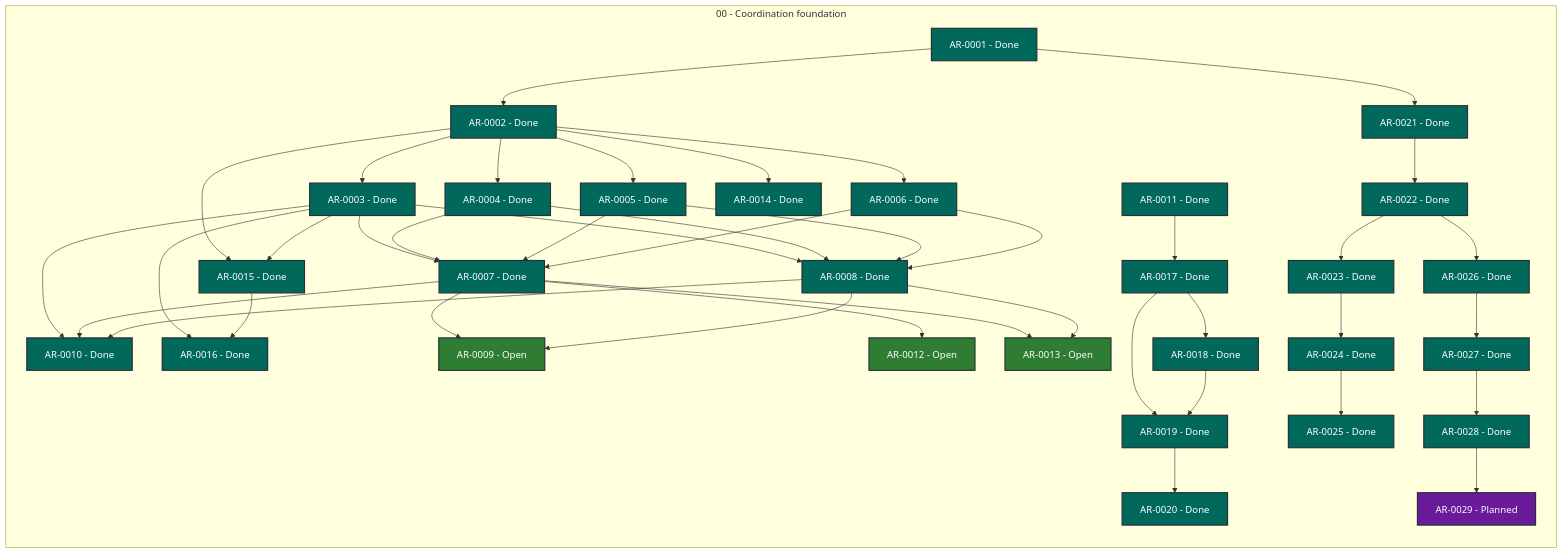
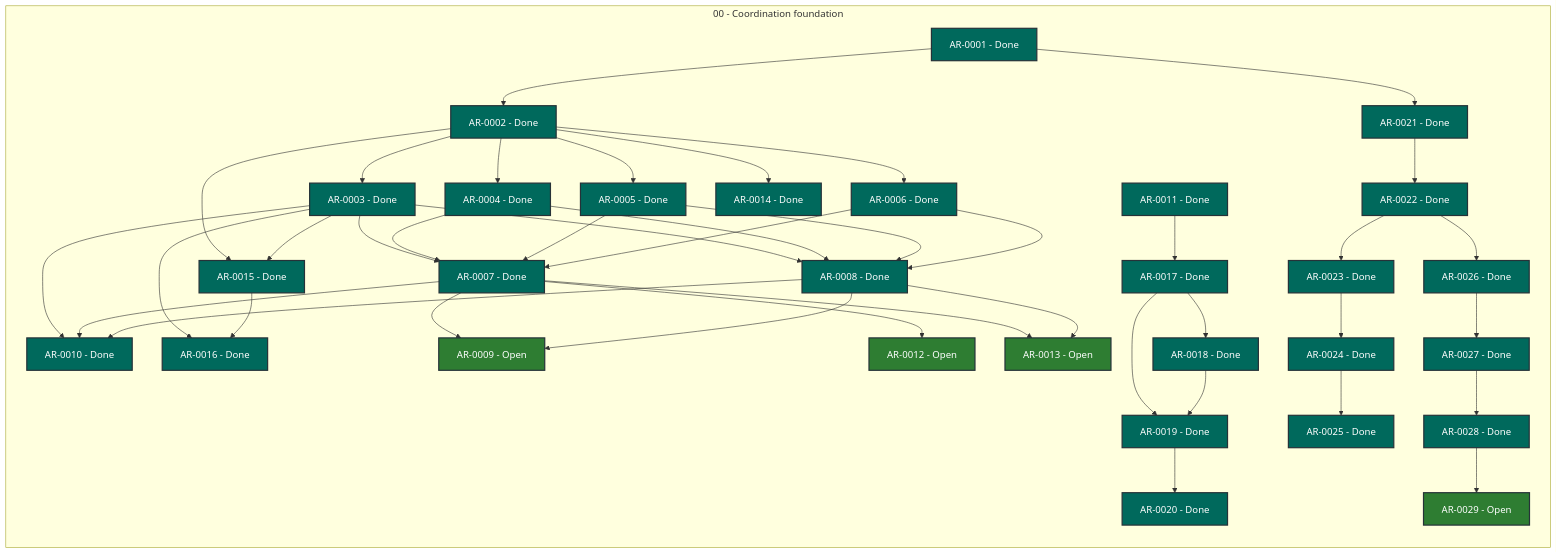
The diagram in STATUS.md (martin-beck/agent-workflow-coordinator-state), drawn with Mermaid before and after one commit. The commit also changed other lines of this file and 2 other files, not shown here.

```diff
--- a/STATUS.md
+++ b/STATUS.md
@@ -56,7 +56,7 @@
         AR_0026["AR-0026 - Done"]:::status_done
         AR_0027["AR-0027 - Done"]:::status_done
         AR_0028["AR-0028 - Done"]:::status_done
-        AR_0029["AR-0029 - Planned"]:::status_planned
+        AR_0029["AR-0029 - Open"]:::status_open
     end
     AR_0001 --> AR_0002
     AR_0001 --> AR_0021
```
